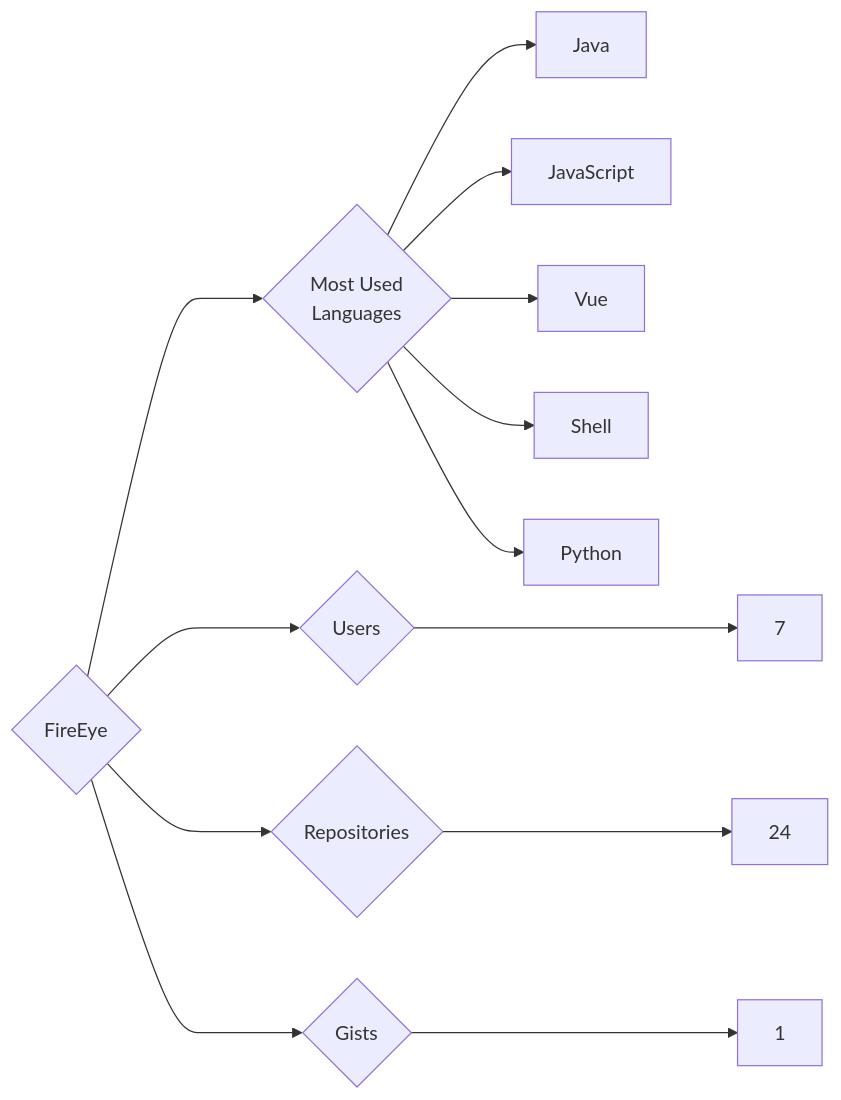
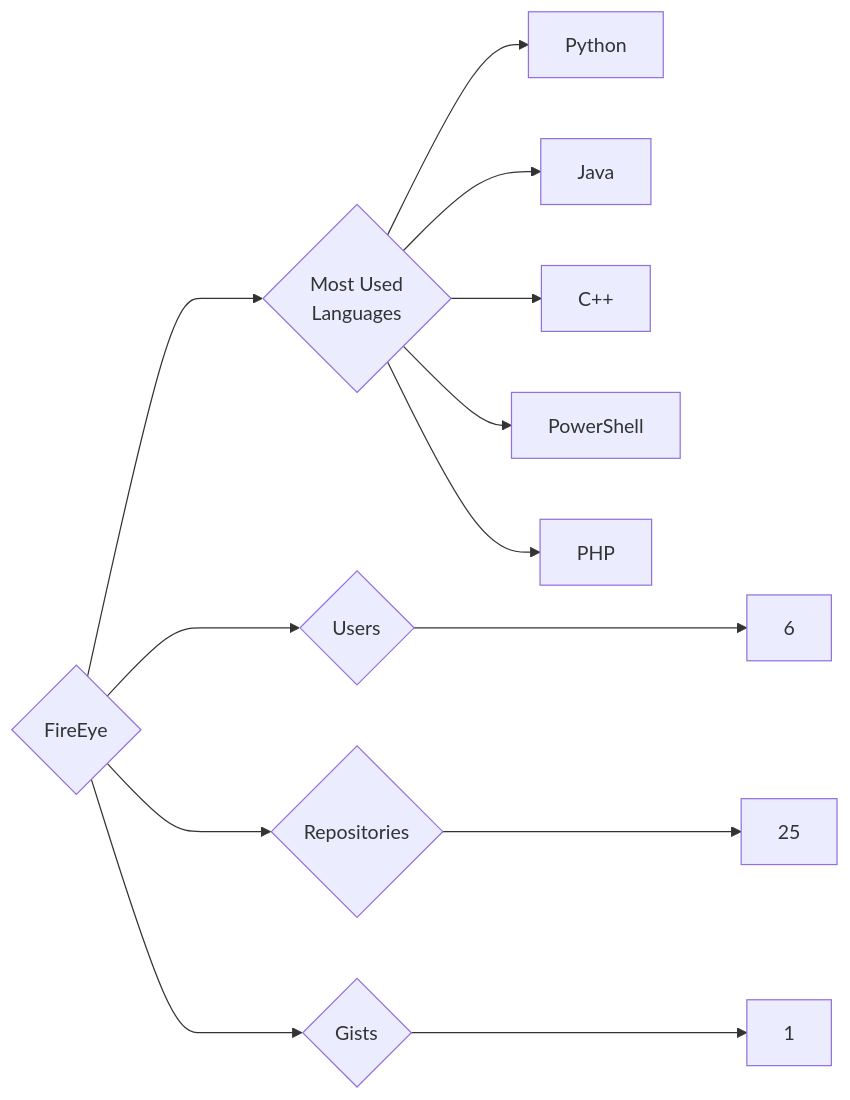
The diagram in targets/FireEye/README.md (trickest/insiders), drawn with Mermaid before and after one commit. The commit also changed 1212 other files, not shown here.

````diff
--- a/targets/FireEye/README.md
+++ b/targets/FireEye/README.md
@@ -3,13 +3,13 @@
 ```mermaid
 graph LR
 COMPANY_NAME{FireEye}
-COMPANY_NAME ---> U{Users} ---> UN[7]
-COMPANY_NAME ---> R{Repositories} ---> RN[24]
+COMPANY_NAME ---> U{Users} ---> UN[6]
+COMPANY_NAME ---> R{Repositories} ---> RN[25]
 COMPANY_NAME ---> G{Gists} ---> GN[1]
 COMPANY_NAME ---> ML{Most Used<br>Languages}
+ML --> Python[Python]
 ML --> Java[Java]
-ML --> JavaScript[JavaScript]
-ML --> Vue[Vue]
-ML --> Shell[Shell]
-ML --> Python[Python]
+ML --> C++[C++]
+ML --> PowerShell[PowerShell]
+ML --> PHP[PHP]
 ```
````
